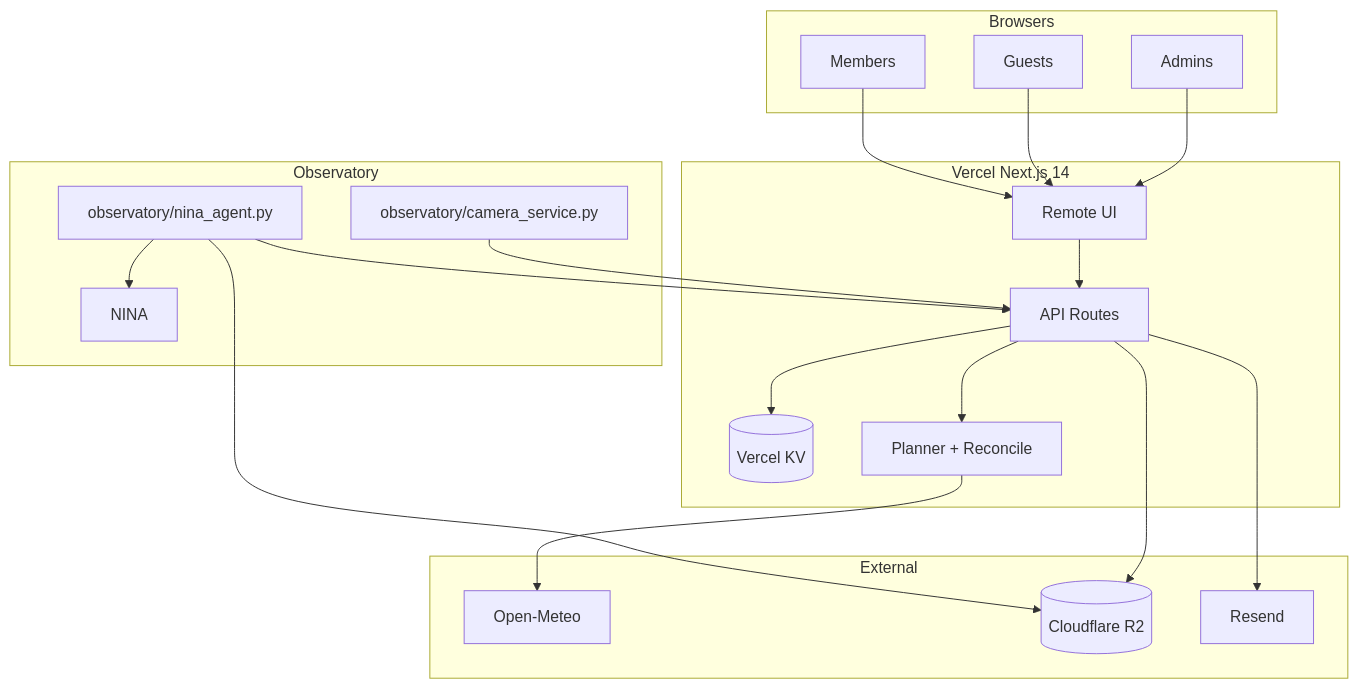
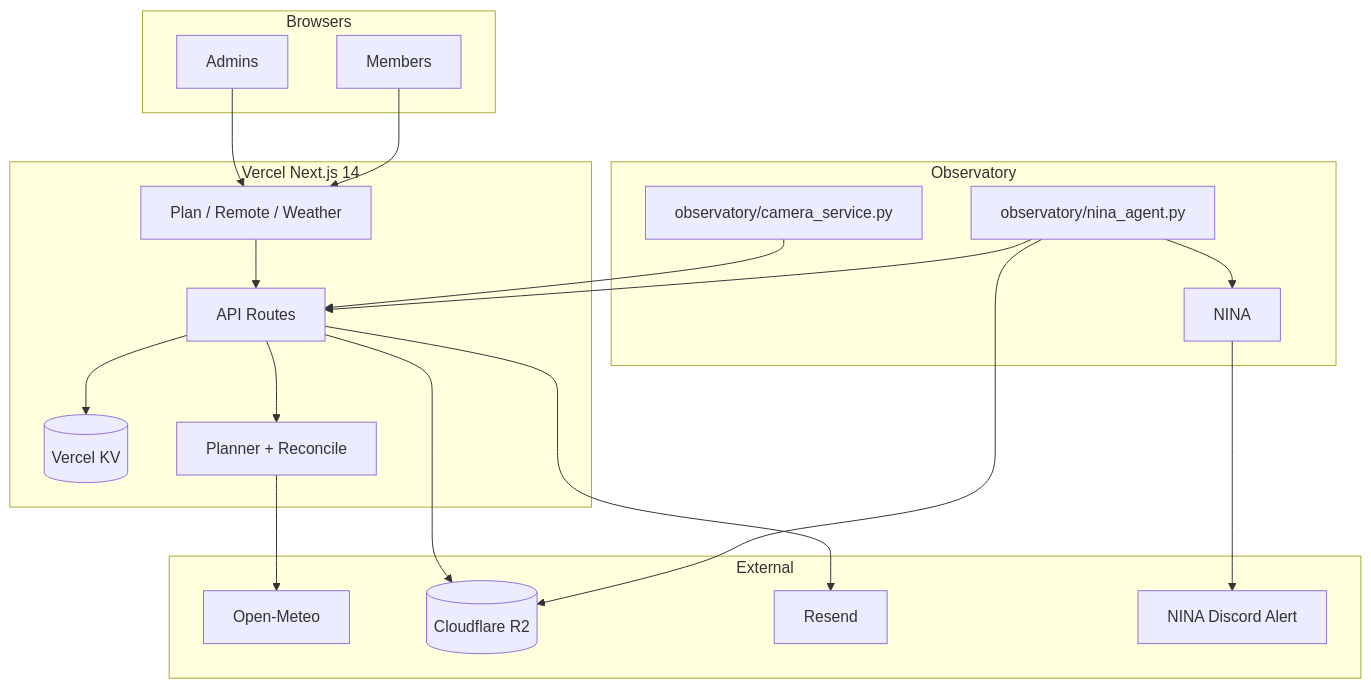
The diagram in README.md (QimingTian/Pomfret-Astro-Website), drawn with Mermaid before and after one commit. The commit also changed other lines of this file and 1 other file, not shown here.

First line of the commit message:
Rewrite README for v6.0.0 Plan, mosaic, and weather-safety ops.

````diff
--- a/README.md
+++ b/README.md
@@ -461,41 +355,41 @@
 ```mermaid
 flowchart TB
   subgraph users [Browsers]
     M[Members]
-    G[Guests]
     A[Admins]
   end
 
   subgraph vercel [Vercel Next.js 14]
-    Remote[Remote UI]
+    UI[Plan / Remote / Weather]
     API[API Routes]
     KV[(Vercel KV)]
     Planner[Planner + Reconcile]
   end
 
   subgraph obs [Observatory]
     Agent[observatory/nina_agent.py]
     Cam[observatory/camera_service.py]
     NINA[NINA]
   end
 
   subgraph external [External]
     OM[Open-Meteo]
     R2[(Cloudflare R2)]
     Resend[Resend]
+    Discord[NINA Discord Alert]
   end
 
-  M --> Remote
-  G --> Remote
-  A --> Remote
-  Remote --> API
+  M --> UI
+  A --> UI
+  UI --> API
   API --> KV
   API --> Planner
   Planner --> OM
   Agent --> API
   Cam --> API
   Agent --> NINA
+  NINA --> Discord
   Agent --> R2
   API --> R2
   API --> Resend
 ```
````
